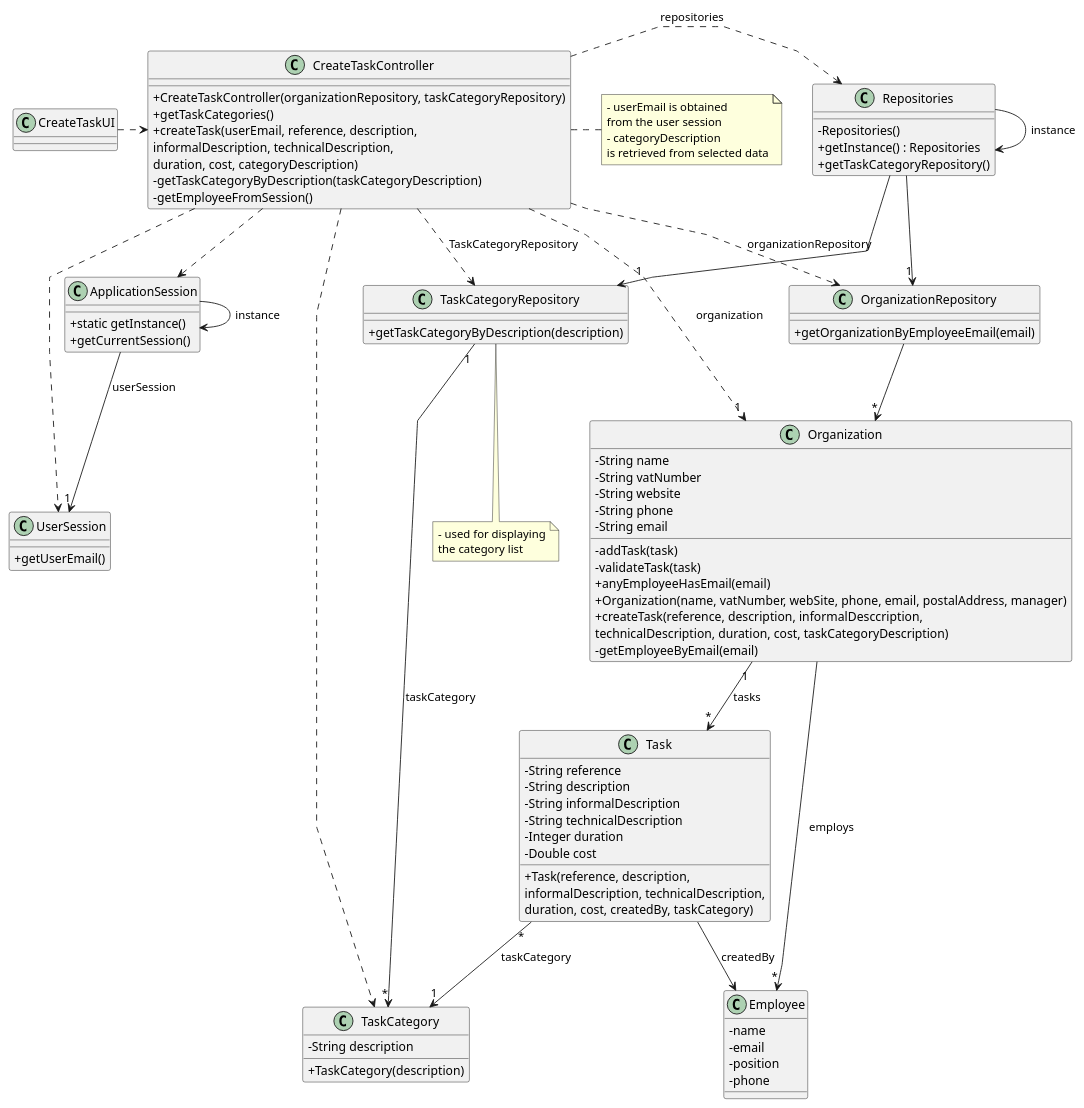
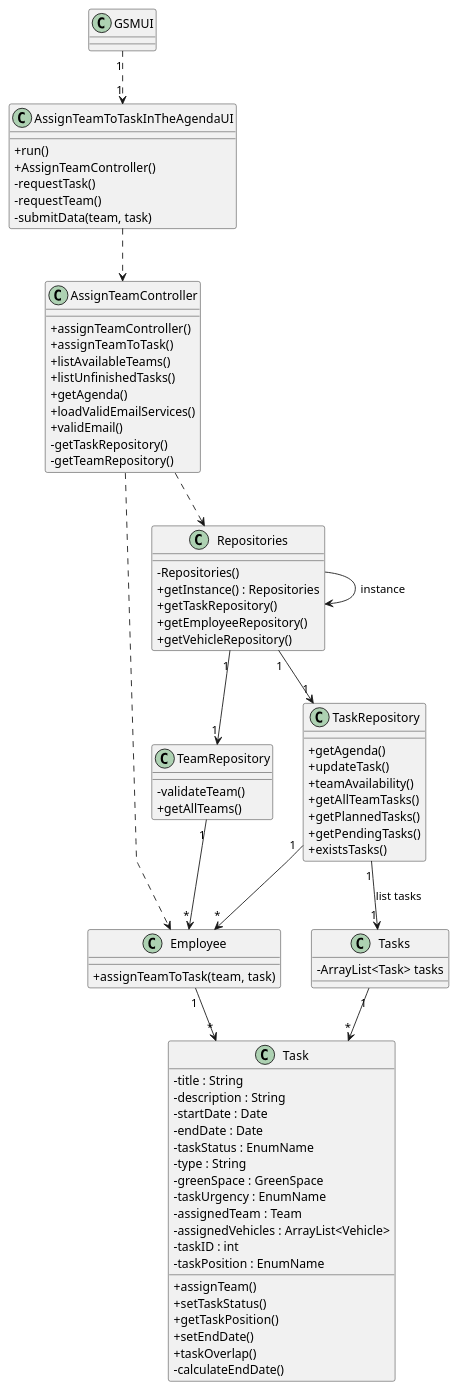
Before and after one commit to LopemigueISEP/lei-24-s2-1nb-g312: the diagram in docs/sprintC/US023/03.design/puml/us023-class-diagram.puml, drawn with PlantUML. The commit also changed 1 other file, not shown here.

Commit message:
#4 Update to class diagram of US23

```diff
--- a/docs/sprintC/US023/03.design/puml/us023-class-diagram.puml
+++ b/docs/sprintC/US023/03.design/puml/us023-class-diagram.puml
@@ -1,130 +1,117 @@
 @startuml
 'skinparam monochrome true
 skinparam packageStyle rectangle
 skinparam shadowing false
 skinparam linetype polyline
 'skinparam linetype orto
 
 skinparam classAttributeIconSize 0
 
 'left to right direction
 
-class ApplicationSession
-{
-    + static getInstance()
-    + getCurrentSession()
+class GSMUI{
 }
 
-class UserSession
-{
-    + getUserEmail()
+class AssignTeamToTaskInTheAgendaUI{
++run()
++AssignTeamController()
+-requestTask()
+-requestTeam()
+-submitData(team, task)
+}
+
+class AssignTeamController{
++assignTeamController()
++assignTeamToTask()
++listAvailableTeams()
++listUnfinishedTasks()
++getAgenda()
++loadValidEmailServices()
++validEmail()
+-getTaskRepository()
+-getTeamRepository()
 }
 
 class Employee {
-    - name
-    - email
-    - position
-    - phone
++assignTeamToTask(team, task)
 }
 
-class Task {
-    - String reference
-    - String description
-    - String informalDescription
-    - String technicalDescription
-    - Integer duration
-    - Double cost
+class Task{
+-title : String
+-description : String
+-startDate : Date
+-endDate : Date
+-taskStatus : EnumName
+-type : String
+-greenSpace : GreenSpace
+-taskUrgency : EnumName
+-assignedTeam : Team
+-assignedVehicles : ArrayList<Vehicle>
+-taskID : int
+-taskPosition : EnumName
 
-    + Task(reference, description,\ninformalDescription, technicalDescription,\nduration, cost, createdBy, taskCategory)
++assignTeam()
++setTaskStatus()
++getTaskPosition()
++setEndDate()
++taskOverlap()
+-calculateEndDate()
+
 }
 
-class TaskCategory {
-    - String description
-
-    + TaskCategory(description)
+class TaskRepository {
++getAgenda()
++updateTask()
++teamAvailability()
++getAllTeamTasks()
++getPlannedTasks()
++getPendingTasks()
++existsTasks()
 }
 
-class Organization {
-    - String name
-    - String vatNumber
-    - String website
-    - String phone
-    - String email
-
-    - addTask(task)
-    - validateTask(task)
-    + anyEmployeeHasEmail(email)
-    + Organization(name, vatNumber, webSite, phone, email, postalAddress, manager)
-    + createTask(reference, description, informalDesccription,\ntechnicalDescription, duration, cost, taskCategoryDescription)
-    - getEmployeeByEmail(email)
-
-'  +saveTask(task)
-}
-
-class TaskCategoryRepository {
-    + getTaskCategoryByDescription(description)
-}
-
-class OrganizationRepository {
-    + getOrganizationByEmployeeEmail(email)
+class TeamRepository{
+-validateTeam()
++getAllTeams()
 }
 
 class Repositories {
     - Repositories()
     + getInstance() : Repositories
-    + getTaskCategoryRepository()
+    + getTaskRepository()
+    + getEmployeeRepository()
+    + getVehicleRepository()
 
 }
 
-class CreateTaskController {
-    + CreateTaskController(organizationRepository, taskCategoryRepository)
-    + getTaskCategories()
-    + createTask(userEmail, reference, description,\ninformalDescription, technicalDescription,\nduration, cost, categoryDescription)
-    - getTaskCategoryByDescription(taskCategoryDescription)
-    - getEmployeeFromSession()
+class Tasks {
+-ArrayList<Task> tasks
 }
 
-note right of CreateTaskController
-    - userEmail is obtained
-    from the user session
-    - categoryDescription
-    is retrieved from selected data
-end note
 
-note bottom of TaskCategoryRepository
-    - used for displaying
-    the category list
-end note
 
-class CreateTaskUI {
-}
+GSMUI "1" ..> "1" AssignTeamToTaskInTheAgendaUI
 
-Repositories -> Repositories : instance
-ApplicationSession -> ApplicationSession : instance
+Repositories --> Repositories : instance
 
-CreateTaskUI .> CreateTaskController
 
-CreateTaskController .> Repositories : repositories
+AssignTeamToTaskInTheAgendaUI ..> AssignTeamController
 
-Repositories -> "1" TaskCategoryRepository
+AssignTeamController ..> Repositories
 
-CreateTaskController ..> TaskCategory
-CreateTaskController ..> OrganizationRepository : organizationRepository
-CreateTaskController ..> TaskCategoryRepository : TaskCategoryRepository
 
-Repositories --> "1" OrganizationRepository
+Repositories "1"--> "1" TaskRepository
+Repositories "1"--> "1" TeamRepository
 
-OrganizationRepository --> "*" Organization
-ApplicationSession --> "1" UserSession : userSession
+TaskRepository "1"--> "*" Employee
+TeamRepository "1"--> "*" Employee
 
-CreateTaskController ..> "1" Organization : organization
-CreateTaskController ..> ApplicationSession
-CreateTaskController ..> UserSession
-Task "*" --> "1" TaskCategory : taskCategory
-TaskCategoryRepository "1" --> "*" TaskCategory : taskCategory
-Organization "1" --> "*" Task : tasks
-Task --> Employee : createdBy
+Employee "1" --> "*"Task
 
-Organization --> "*" Employee : employs
+
+AssignTeamController ..> Employee
+
+TaskRepository "1" --> "1" Tasks : list tasks
+Tasks "1" --> "*" Task
+
 
 @enduml
```
